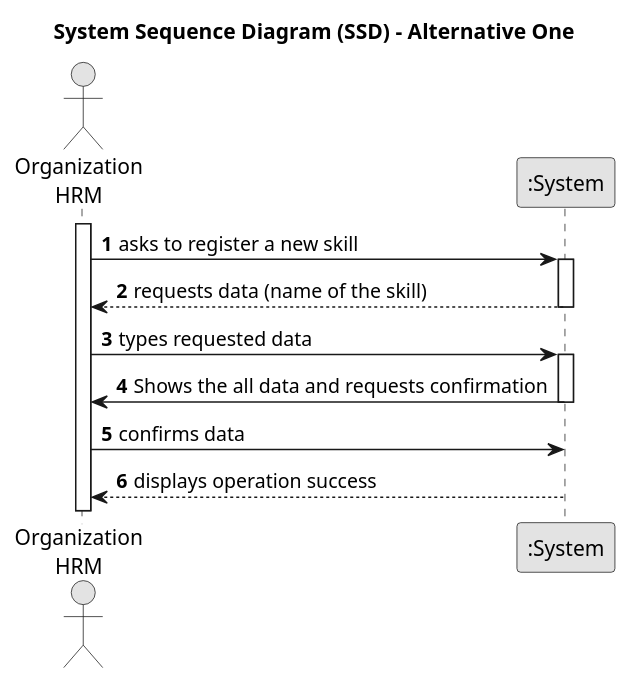
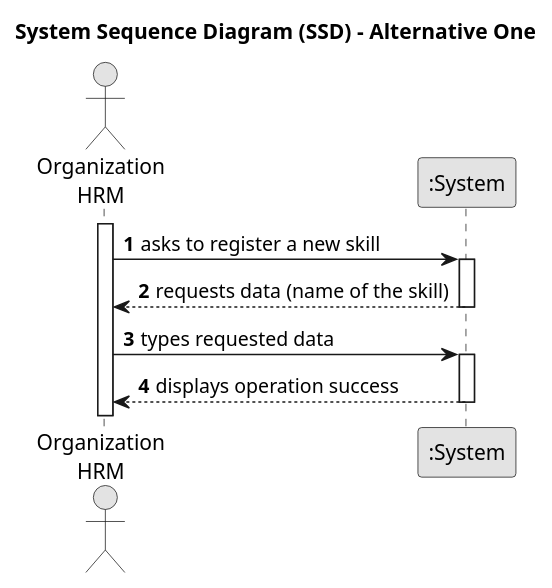
One commit to Departamento-de-Engenharia-Informatica/lei-24-s2-1df-1de-g063 changed the diagram in docs/sprintB/us001/01.requirements-engineering/puml/us001-system-sequence-diagram-alternative-one.puml. Above: the diagram before and after it, drawn with PlantUML. The commit also changed 4 other files, not shown here.

```diff
--- a/docs/sprintB/us001/01.requirements-engineering/puml/us001-system-sequence-diagram-alternative-one.puml
+++ b/docs/sprintB/us001/01.requirements-engineering/puml/us001-system-sequence-diagram-alternative-one.puml
@@ -1,33 +1,27 @@
 @startuml
 skinparam monochrome true
 skinparam packageStyle rectangle
 skinparam shadowing false
 
 title System Sequence Diagram (SSD) - Alternative One
 
 autonumber
 
 actor "Organization\nHRM" as HRM
 participant ":System" as System
 
 activate HRM
 
     HRM -> System : asks to register a new skill
     activate System
 
     System --> HRM : requests data (name of the skill)
     deactivate System
 
     HRM -> System : types requested data
     activate System
 
-    System -> HRM : Shows the all data and requests confirmation
-    deactivate System
-
-    HRM -> System : confirms data
-        deactivate System
-
         System --> HRM : displays operation success
     deactivate System
 
 @enduml
```
